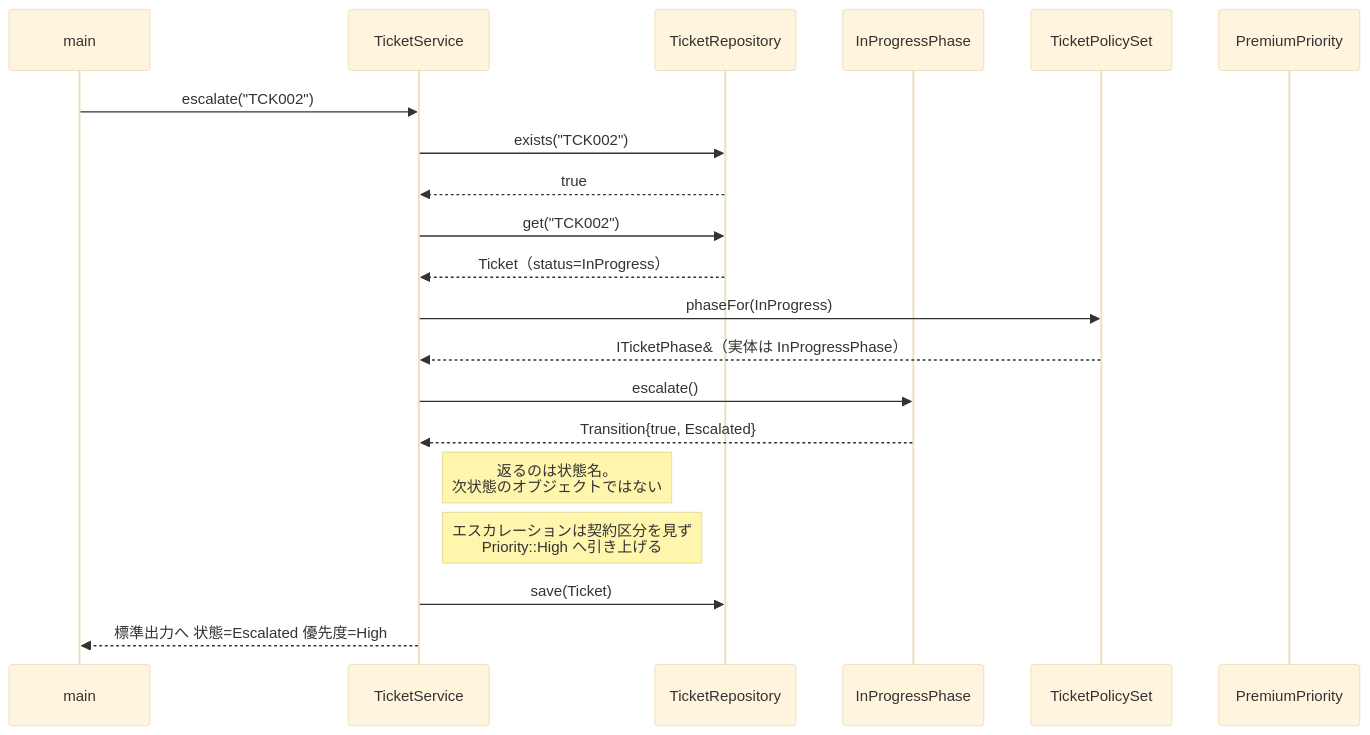
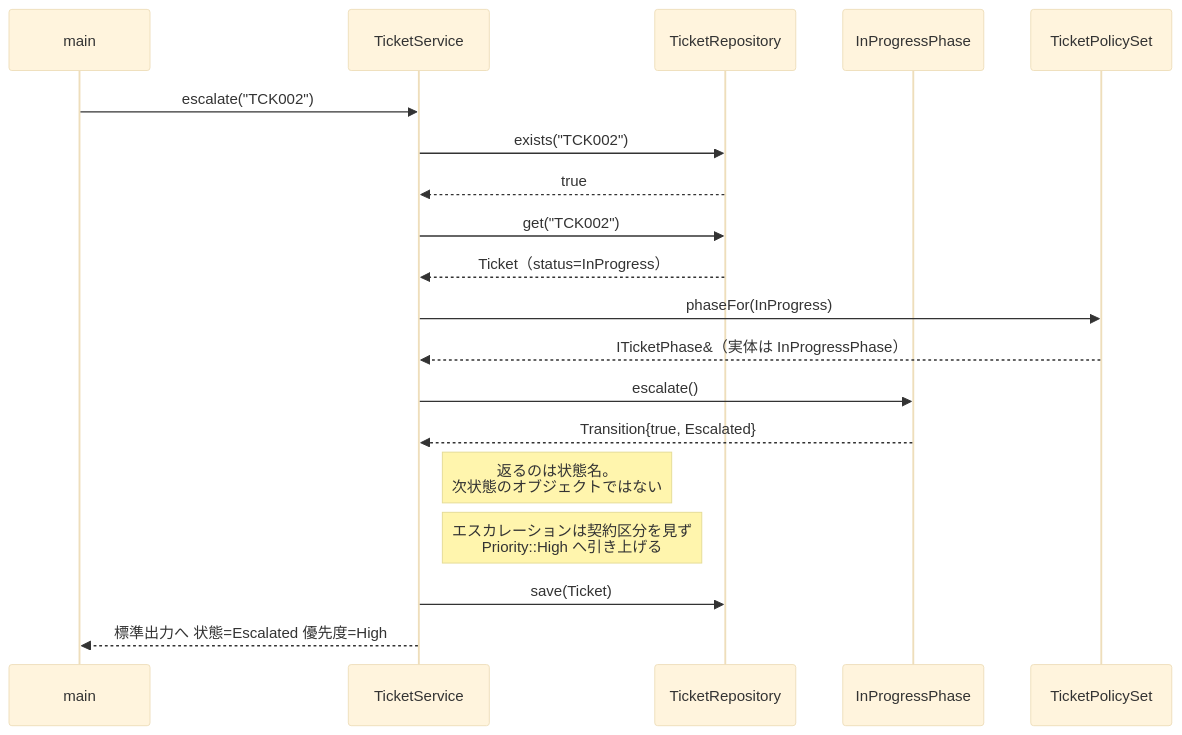
One commit to kumachan1101-pixel/DesignPattern changed diagram 17 of 22 in kindle/design-patterns/output/chapter09_2.md. Above: the diagram before and after it, drawn with Mermaid (base theme). The commit also changed other lines of this file, not shown here.

````diff
--- a/kindle/design-patterns/output/chapter09_2.md
+++ b/kindle/design-patterns/output/chapter09_2.md
@@ -2359,22 +2357,21 @@
 ```mermaid
 sequenceDiagram
     participant Main as main
     participant Svc as TicketService
     participant Repo as TicketRepository
     participant Ph as InProgressPhase
     participant Set as TicketPolicySet
-    participant Rule as PremiumPriority
     Main->>Svc: escalate("TCK002")
     Svc->>Repo: exists("TCK002")
     Repo-->>Svc: true
     Svc->>Repo: get("TCK002")
     Repo-->>Svc: Ticket（status=InProgress）
     Svc->>Set: phaseFor(InProgress)
     Set-->>Svc: ITicketPhase&（実体は InProgressPhase）
     Svc->>Ph: escalate()
     Ph-->>Svc: Transition{true, Escalated}
     Note right of Svc: 返るのは状態名。<br/>次状態のオブジェクトではない
     Note right of Svc: エスカレーションは契約区分を見ず<br/>Priority::High へ引き上げる
     Svc->>Repo: save(Ticket)
     Svc-->>Main: 標準出力へ 状態=Escalated 優先度=High
 ```
````
